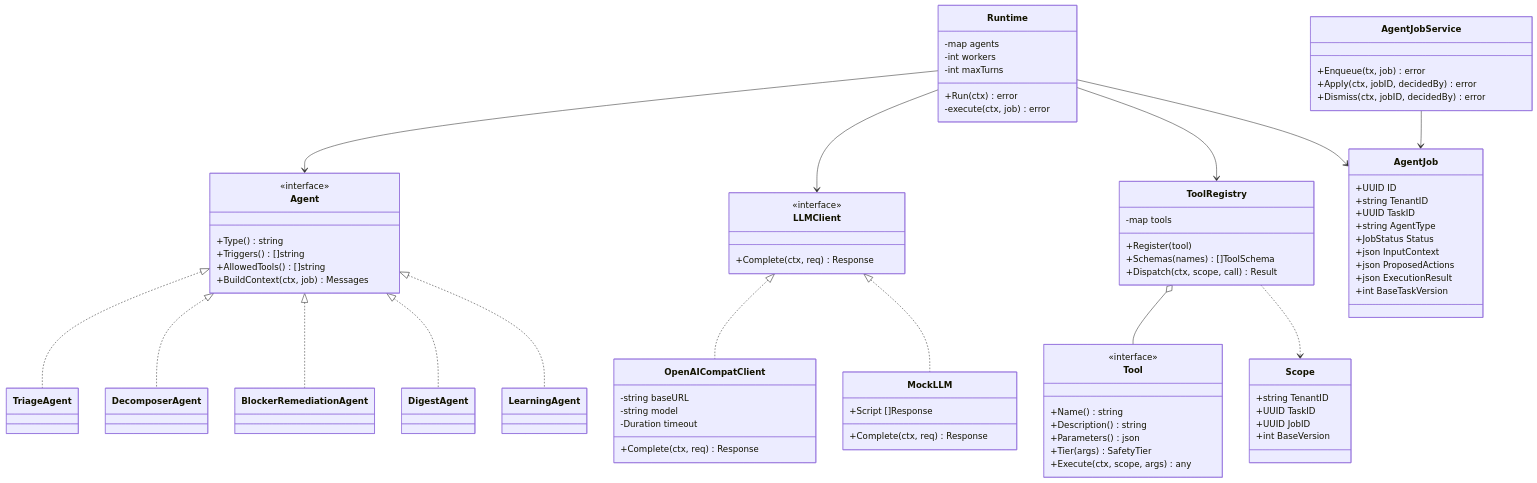
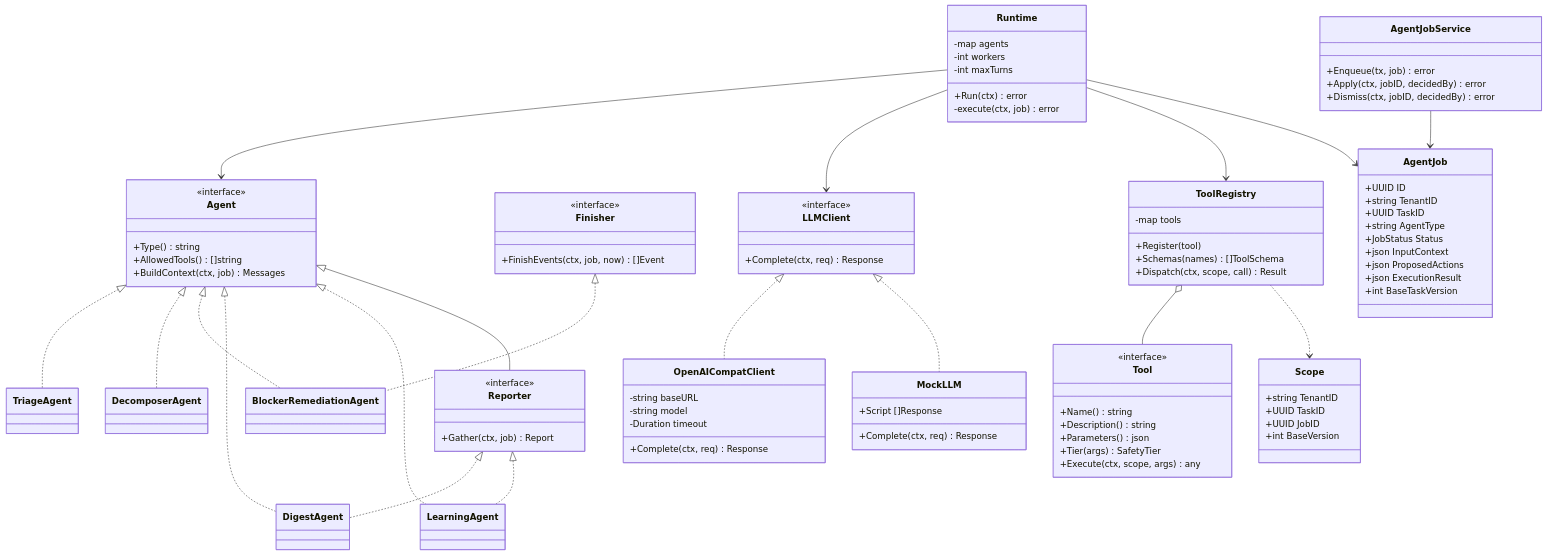
Before and after one commit to rtrtarun/taskify: diagram 17 of 23 in docs/architecture.md, drawn with Mermaid. The commit also changed other lines of this file, not shown here.

Commit message:
docs(architecture): bring sections 5 to 9 up to what is built through M12

```diff
--- a/docs/architecture.md
+++ b/docs/architecture.md
@@ -900,9 +970,16 @@
     class Agent {
         <<interface>>
         +Type() string
-        +Triggers() []string
         +AllowedTools() []string
         +BuildContext(ctx, job) Messages
+    }
+    class Reporter {
+        <<interface>>
+        +Gather(ctx, job) Report
+    }
+    class Finisher {
+        <<interface>>
+        +FinishEvents(ctx, job, now) []Event
     }
     class TriageAgent
     class DecomposerAgent
@@ -972,6 +1049,10 @@
     Agent <|.. BlockerRemediationAgent
     Agent <|.. DigestAgent
     Agent <|.. LearningAgent
+    Agent <|-- Reporter
+    Reporter <|.. DigestAgent
+    Reporter <|.. LearningAgent
+    Finisher <|.. BlockerRemediationAgent
     LLMClient <|.. OpenAICompatClient
     LLMClient <|.. MockLLM
     Runtime --> Agent
```
